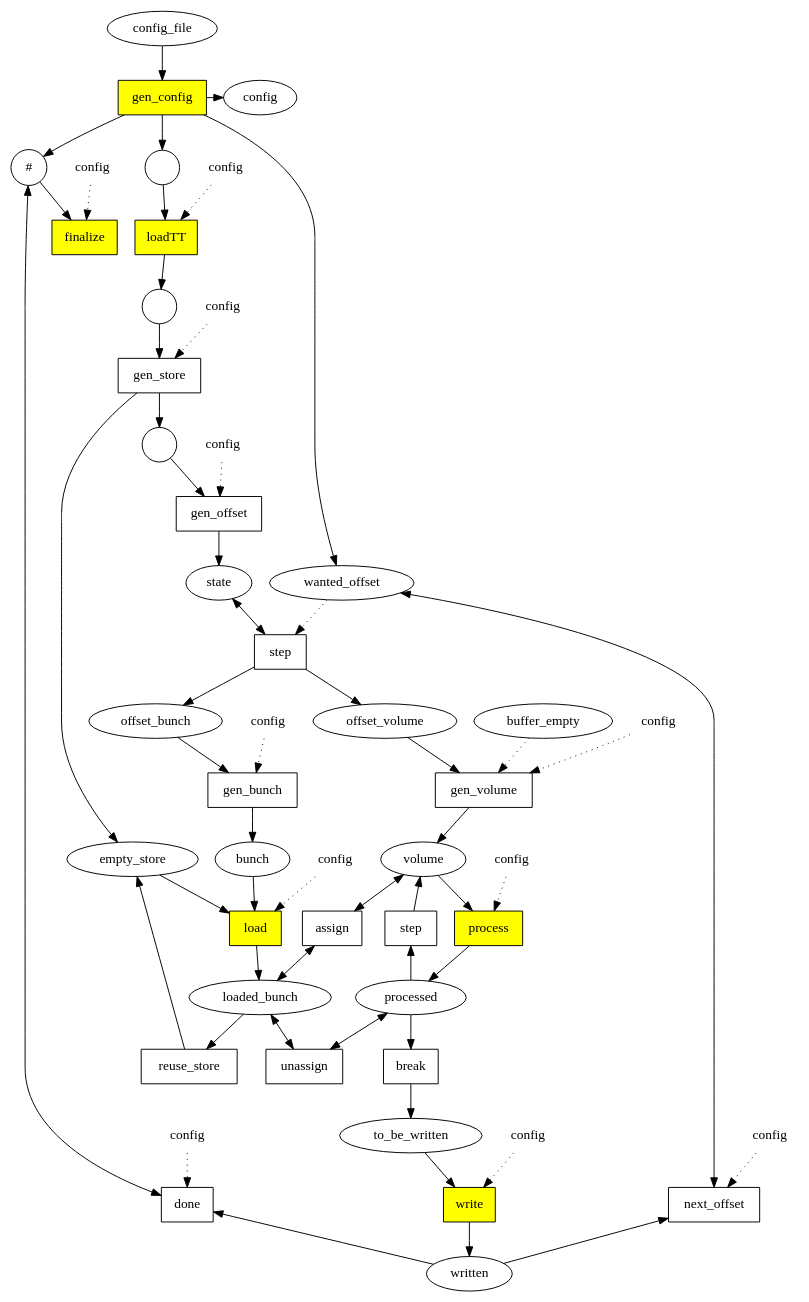
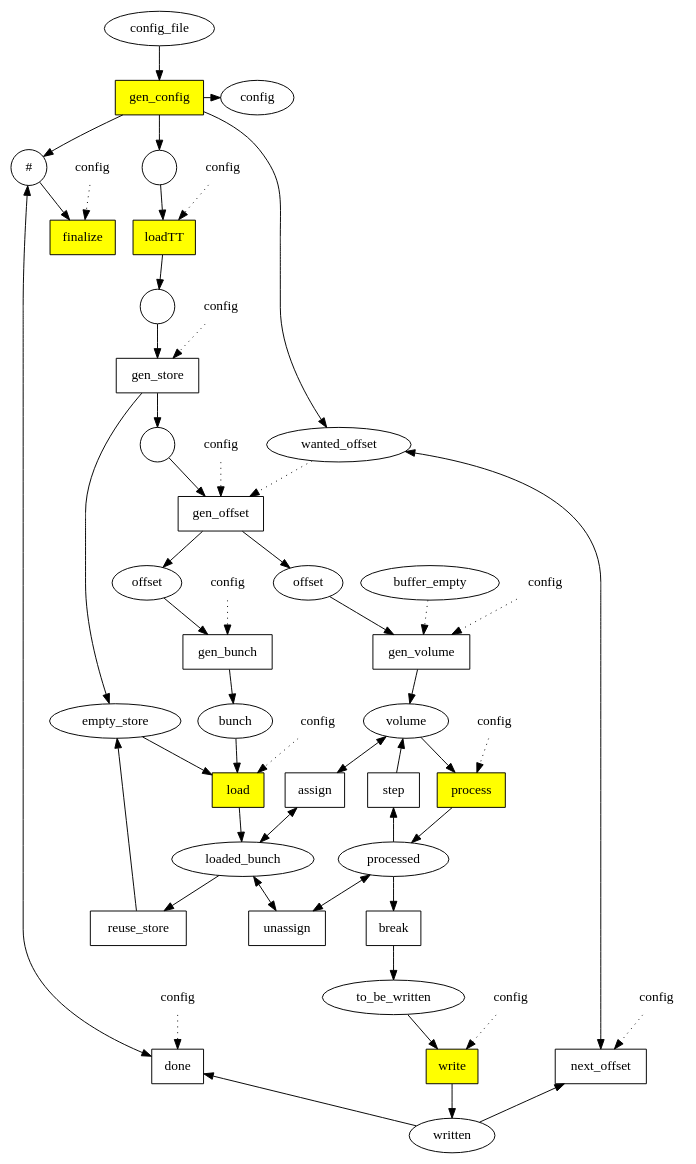
Before and after one commit to cc-hpc-itwm/gpispace: the diagram in trunk/we/trunk/kdm/kdm_short.dot, drawn with Graphviz. The commit also changed 1 other file, not shown here.

```diff
--- a/trunk/we/trunk/kdm/kdm_short.dot
+++ b/trunk/we/trunk/kdm/kdm_short.dot
@@ -1,115 +1,111 @@
 digraph KDM {
 p0 [label = "config_file", shape = "ellipse"];
-p10 [label = "offset_volume", shape = "ellipse"];
+p10 [label = "offset", shape = "ellipse"];
 p12 [label = "bunch", shape = "ellipse"];
 p13 [label = "loaded_bunch", shape = "ellipse"];
 p15 [label = "volume", shape = "ellipse"];
 p16 [label = "processed", shape = "ellipse"];
 p17 [label = "to_be_written", shape = "ellipse"];
 p18 [label = "written", shape = "ellipse"];
 p19 [label = "#", shape = "circle"];
 p2 [label = "", shape = "circle"];
 p20 [label = "buffer_empty", shape = "ellipse"];
 p3 [label = "", shape = "circle"];
 p5 [label = "empty_store", shape = "ellipse"];
 p6 [label = "", shape = "circle"];
 p7 [label = "wanted_offset", shape = "ellipse"];
-p8 [label = "state", shape = "ellipse"];
-p9 [label = "offset_bunch", shape = "ellipse"];
+p9 [label = "offset", shape = "ellipse"];
 t1 [label = "loadTT", shape = "rectangle", style="filled", fillcolor="yellow"];
 t11 [label = "gen_volume", shape = "rectangle"];
 t15 [label = "reuse_store", shape = "rectangle"];
 t19 [label = "unassign", shape = "rectangle"];
 t2 [label = "gen_store", shape = "rectangle"];
 t22 [label = "break", shape = "rectangle"];
 t26 [label = "finalize", shape = "rectangle", style="filled", fillcolor="yellow"];
 t5 [label = "gen_offset", shape = "rectangle"];
-t6 [label = "step", shape = "rectangle"];
 t8 [label = "gen_bunch", shape = "rectangle"];
 subgraph {
 rank = same;
 t18 [label = "process", shape = "rectangle", style="filled", fillcolor="yellow"];
 t21 [label = "step", shape = "rectangle"];
 }
 subgraph {
 rank = same;
 t23 [label = "write", shape = "rectangle", style="filled", fillcolor="yellow"];
 t24 [label = "next_offset", shape = "rectangle"];
 t25 [label = "done", shape = "rectangle"];
 }
 subgraph {
 rank = same;
 p1 [label = "config", shape = "ellipse"];
 t0 [label = "gen_config", shape = "rectangle", style="filled", fillcolor="yellow"];
 }
 subgraph {
 rank=same;
 t14 [label = "load", shape = "rectangle", style="filled", fillcolor="yellow"];
 t16 [label = "assign", shape = "rectangle"];
 }
 p0 -> t0 [];
 p10 -> t11 [];
 p12 -> t14 [];
 p13 -> t15 [];
 p13 -> t16 [dir="both"];
 p13 -> t19 [dir="both"];
 p15 -> t16 [dir="both"];
 p15 -> t18 [];
 p16 -> t19 [dir="both"];
 p16 -> t21 [];
 p16 -> t22 [];
 p17 -> t23 [];
 p18 -> t24 [];
 p18 -> t25 [];
 p19 -> t25 [dir="both"];
 p19 -> t26 [];
 p1t1 -> t1 [style="dotted"]
 p1t1 [label="config", shape="none"];
 p1t11 -> t11 [style = "dotted"];
 p1t11 [label="config", shape="none"];
 p1t14 -> t14 [style = "dotted"];
 p1t14 [label="config", shape="none"];
 p1t18 -> t18 [style="dotted"]
 p1t18 [label="config", shape="none"];
 p1t2 -> t2 [style = "dotted"];
 p1t2 [label="config", shape="none"];
 p1t23 -> t23 [style="dotted"]
 p1t23 [label="config", shape="none"];
 p1t24 -> t24 [style = "dotted"];
 p1t24 [label="config", shape="none"];
 p1t25 -> t25 [style = "dotted"];
 p1t25 [label="config", shape="none"];
 p1t26 -> t26 [style="dotted"]
 p1t26 [label="config", shape="none"];
 p1t5 -> t5 [style = "dotted"];
 p1t5 [label="config", shape="none"];
 p1t8 -> t8 [style = "dotted"];
 p1t8 [label="config", shape="none"];
 p2 -> t2 [];
 p20 -> t11 [style = "dotted"];
 p3 -> t1 [];
 p5 -> t14 [];
 p6 -> t5 [];
 p7 -> t24 [dir="both"];
-p7 -> t6 [style = "dotted"];
-p8 -> t6 [dir="both"];
+p7 -> t5 [style = "dotted"];
 p9 -> t8 [];
 t0 -> p1 [];
 t0 -> p19 [];
 t0 -> p3 [];
 t0 -> p7 [];
 t1 -> p2 [];
 t11 -> p15 [];
 t14 -> p13 [];
 t15 -> p5 [];
 t18 -> p16 [];
 t2 -> p5 [];
 t2 -> p6 [];
 t21 -> p15 [];
 t22 -> p17 [];
 t23 -> p18 [];
-t5 -> p8 [];
-t6 -> p10 [];
-t6 -> p9 [];
+t5 -> p10 [];
+t5 -> p9 [];
 t8 -> p12 [];
 }
```
